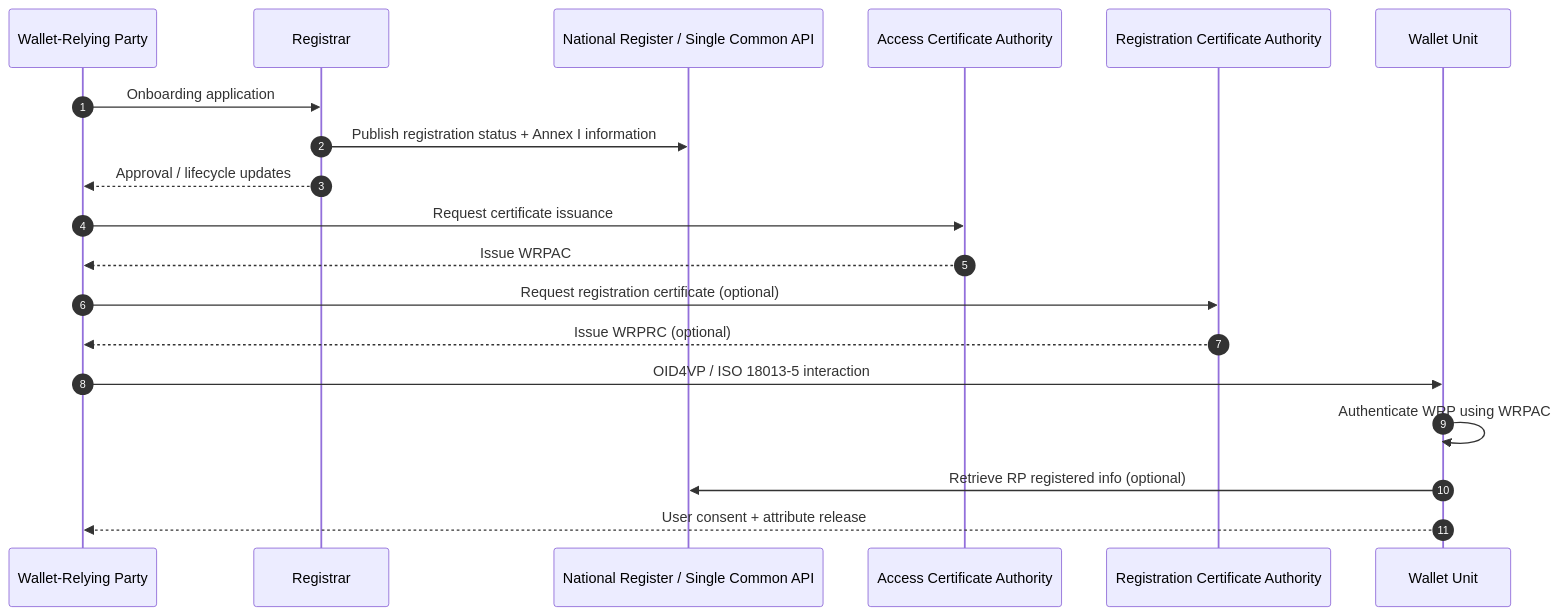
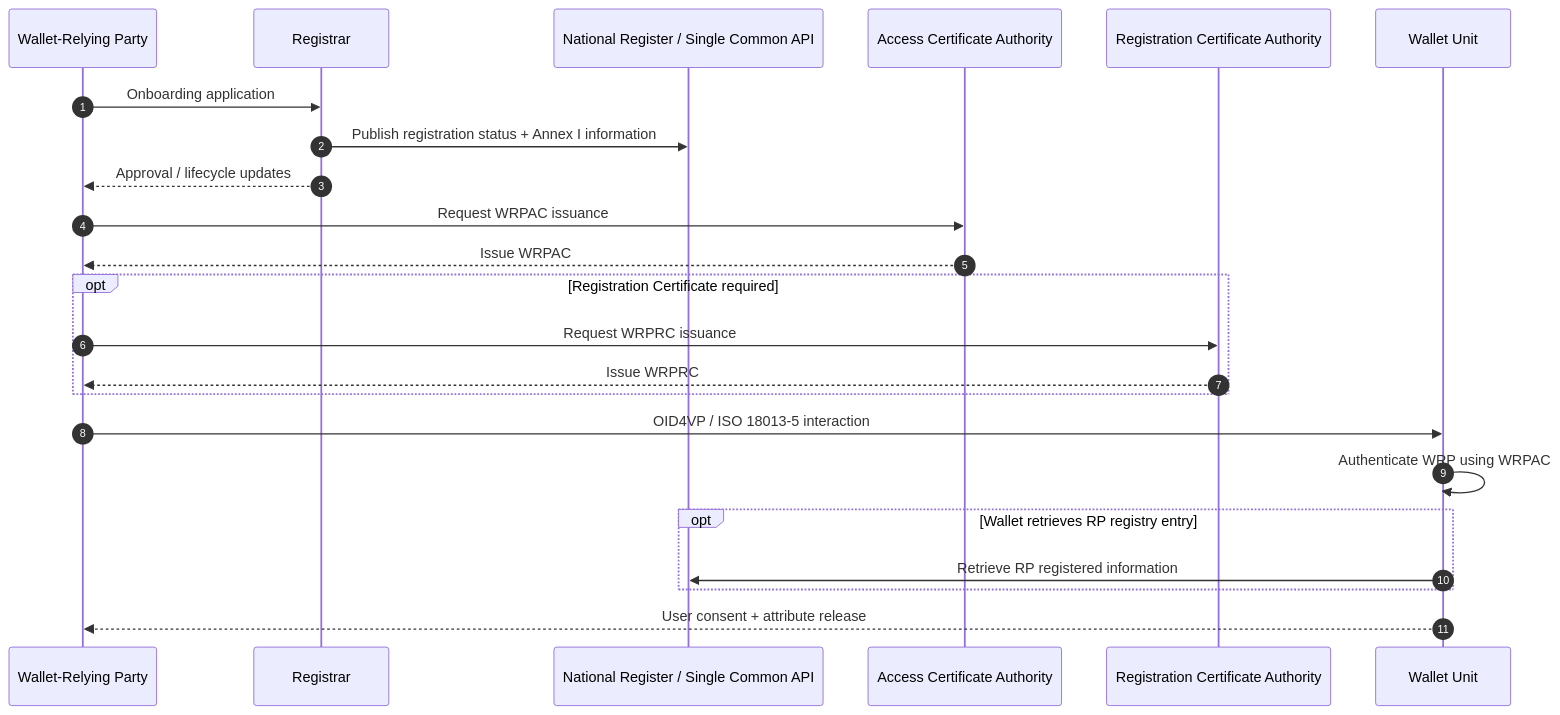
Before and after one commit to APTITUDE-Consortium/wp2-trust-specifications: the first of 3 diagrams in topics/registry.md, drawn with Mermaid. The commit also changed other lines of this file, not shown here.

Commit message:
docs: fix formatting typo and align mermaid sequence diagrams

`````diff
--- a/topics/registry.md
+++ b/topics/registry.md
@@ -56,27 +50,36 @@
 ````mermaid
 sequenceDiagram
   autonumber
+
   participant WRP as Wallet-Relying Party
   participant REG as Registrar
   participant NREG as National Register / Single Common API
   participant ACA as Access Certificate Authority
   participant RCA as Registration Certificate Authority
   participant WAL as Wallet Unit
 
+  %% Onboarding & Registration
   WRP->>REG: Onboarding application
   REG->>NREG: Publish registration status + Annex I information
   REG-->>WRP: Approval / lifecycle updates
 
-  WRP->>ACA: Request certificate issuance
+  %% Access Certificate (WRPAC)
+  WRP->>ACA: Request WRPAC issuance
   ACA-->>WRP: Issue WRPAC
 
-  WRP->>RCA: Request registration certificate (optional)
-  RCA-->>WRP: Issue WRPRC (optional)
+  %% Registration Certificate (optional)
+  opt Registration Certificate required
+    WRP->>RCA: Request WRPRC issuance
+    RCA-->>WRP: Issue WRPRC
+  end
 
+  %% Wallet Interaction
   WRP->>WAL: OID4VP / ISO 18013-5 interaction
   WAL->>WAL: Authenticate WRP using WRPAC
-  WAL->>NREG: Retrieve RP registered info (optional)
+
+  opt Wallet retrieves RP registry entry
+    WAL->>NREG: Retrieve RP registered information
+  end
+
   WAL-->>WRP: User consent + attribute release
-
-
 ````
`````
